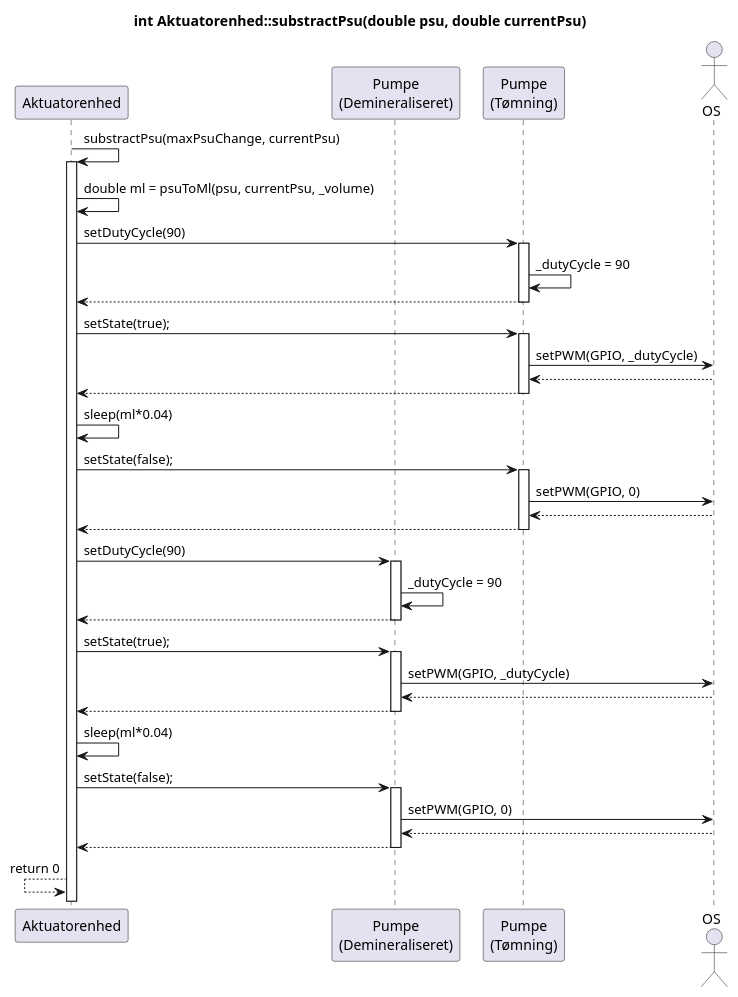
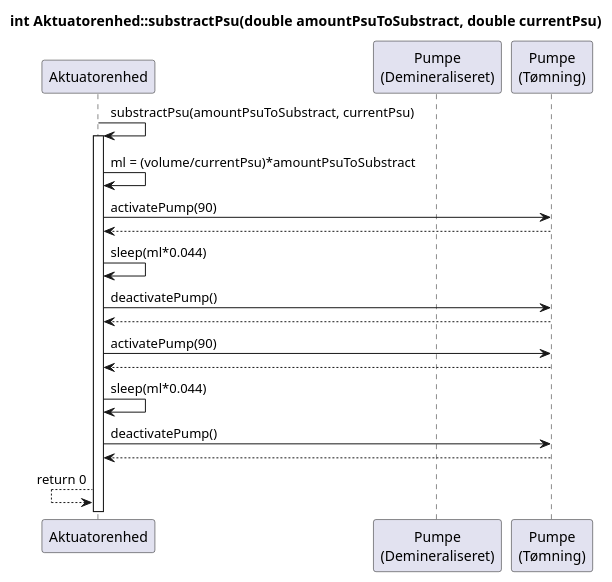
One commit to Solvgraa-mager/E4PRJ4 changed the diagram in Design/Akutuator enhed/Software/AE/SD_AE_substractPsu.puml. Above: the diagram before and after it, drawn with PlantUML. The commit also changed 87 other files, not shown here.

```diff
--- a/Design/Akutuator enhed/Software/AE/SD_AE_substractPsu.puml
+++ b/Design/Akutuator enhed/Software/AE/SD_AE_substractPsu.puml
@@ -1,52 +1,26 @@
 @startuml SD_AE_substractPsu
 
 Participant Aktuatorenhed as ae
 participant "Pumpe\n(Demineraliseret)" as sp
 participant "Pumpe\n(Tømning)" as tp
-actor OS as os
-title int Aktuatorenhed::substractPsu(double psu, double currentPsu)
+title int Aktuatorenhed::substractPsu(double amountPsuToSubstract, double currentPsu)
 
 
-        ae -> ae : substractPsu(maxPsuChange, currentPsu)
+        ae -> ae : substractPsu(amountPsuToSubstract, currentPsu)
         activate ae
-        ae -> ae : double ml = psuToMl(psu, currentPsu, _volume)
-            ae -> tp : setDutyCycle(90)
-            activate tp
-            tp -> tp : _dutyCycle = 90
+            ae -> ae : ml = (volume/currentPsu)*amountPsuToSubstract
+            ae -> tp : activatePump(90)
             ae <-- tp
-            deactivate tp
-            ae -> tp : setState(true);
-            activate tp
-            tp -> os : setPWM(GPIO, _dutyCycle)
-            tp <-- os
+            ae -> ae : sleep(ml*0.044)
+            ae -> tp : deactivatePump()
             ae <-- tp
-            deactivate tp
-        ae -> ae : sleep(ml*0.04)
-        ae -> tp : setState(false);
-            activate tp
-            tp -> os : setPWM(GPIO, 0)
-            tp <-- os
+            ae -> tp : activatePump(90)
             ae <-- tp
-            deactivate tp
-            ae -> sp : setDutyCycle(90)
-            activate sp
-            sp -> sp : _dutyCycle = 90
-            ae <-- sp
-            deactivate sp
-            ae -> sp : setState(true);
-            activate sp
-            sp -> os : setPWM(GPIO, _dutyCycle)
-            sp <-- os
-            ae <-- sp
-            deactivate sp
-        ae -> ae : sleep(ml*0.04)
-        ae -> sp : setState(false);
-            activate sp
-            sp -> os : setPWM(GPIO, 0)
-            sp <-- os
-            ae <-- sp
-            deactivate sp
+            ae -> ae : sleep(ml*0.044)
+
+            ae -> tp : deactivatePump()
+            ae <-- tp
             ae <-- ae : return 0
      
 
 @enduml
```
